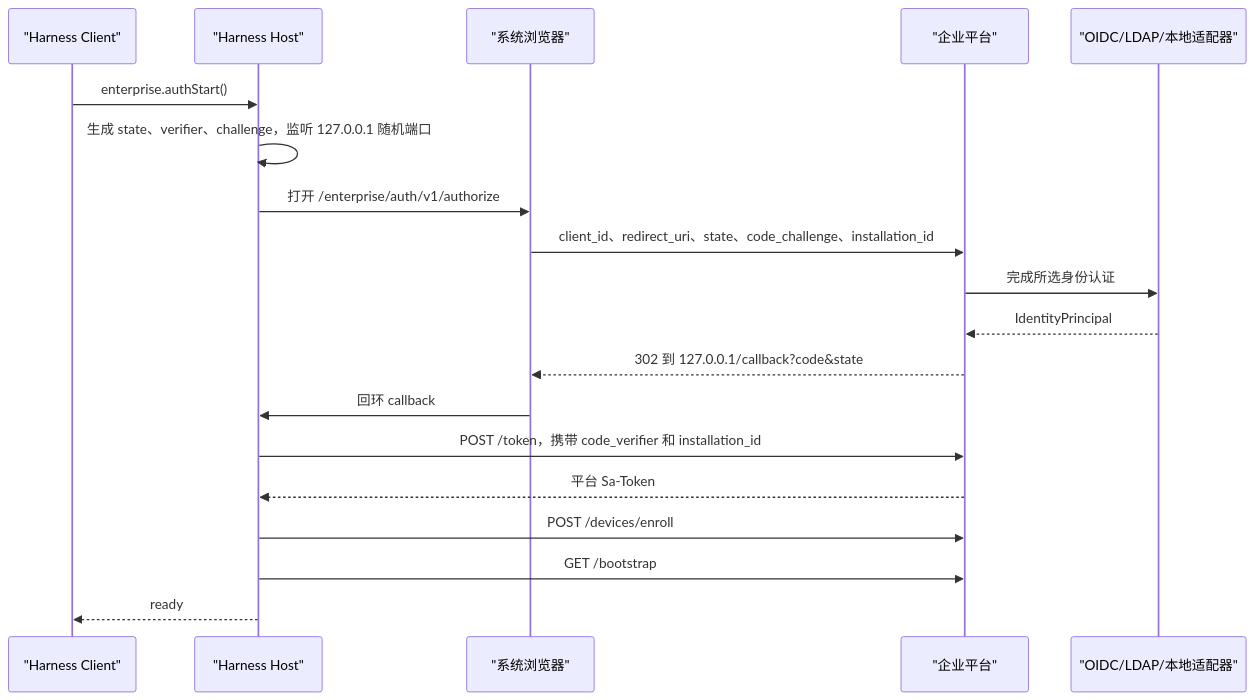
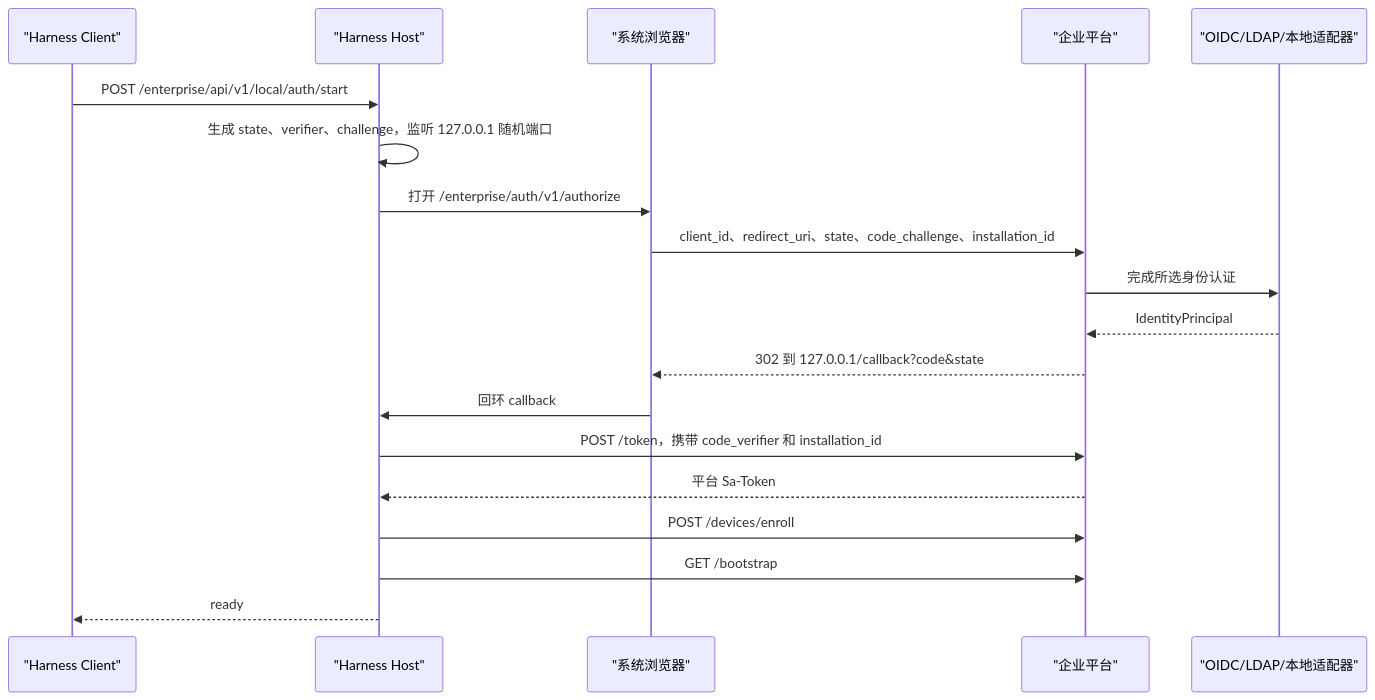
One commit to boe1900/owndsh changed the second of 2 diagrams in docs/enterprise-agent-governance-mvp-design.md. Above: the diagram before and after it, drawn with Mermaid. The commit also changed other lines of this file and 56 other files, not shown here.

````diff
--- a/docs/enterprise-agent-governance-mvp-design.md
+++ b/docs/enterprise-agent-governance-mvp-design.md
@@ -338,22 +338,22 @@
 ```mermaid
 sequenceDiagram
   participant UI as "Harness Client"
   participant Host as "Harness Host"
   participant Browser as "系统浏览器"
   participant Platform as "企业平台"
   participant IdP as "OIDC/LDAP/本地适配器"
 
-  UI->>Host: enterprise.authStart()
+  UI->>Host: POST /enterprise/api/v1/local/auth/start
   Host->>Host: 生成 state、verifier、challenge，监听 127.0.0.1 随机端口
   Host->>Browser: 打开 /enterprise/auth/v1/authorize
   Browser->>Platform: client_id、redirect_uri、state、code_challenge、installation_id
   Platform->>IdP: 完成所选身份认证
   IdP-->>Platform: IdentityPrincipal
   Platform-->>Browser: 302 到 127.0.0.1/callback?code&state
   Browser->>Host: 回环 callback
   Host->>Platform: POST /token，携带 code_verifier 和 installation_id
   Platform-->>Host: 平台 Sa-Token
   Host->>Platform: POST /devices/enroll
   Host->>Platform: GET /bootstrap
   Host-->>UI: ready
 ```
````
